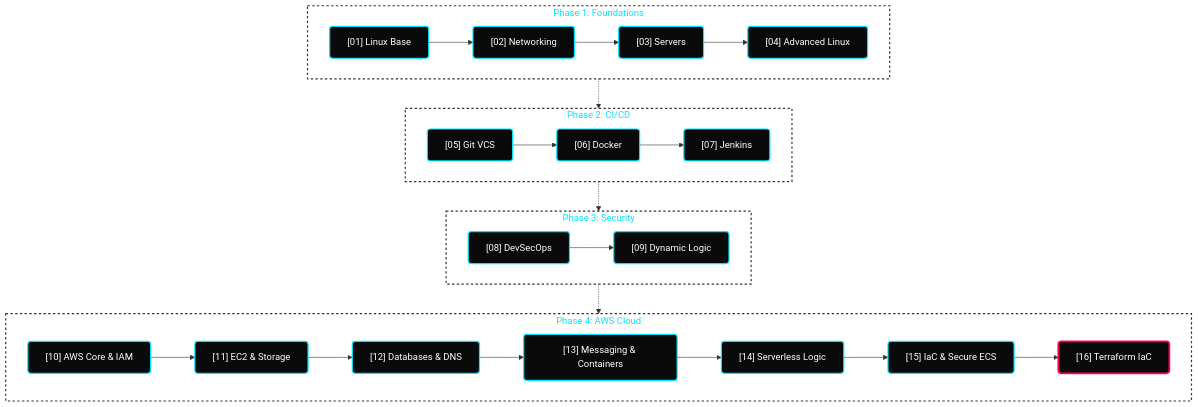
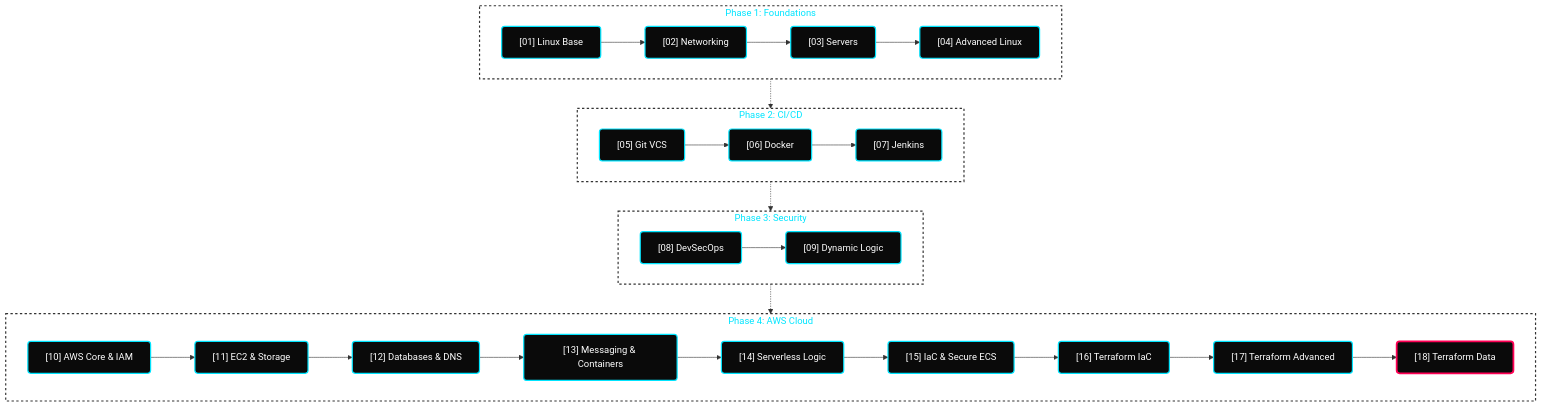
The diagram in README.md (hridyen/DevOps-Survival-Roadmap), drawn with Mermaid before and after one commit. The commit also changed other lines of this file and 13 other files, not shown here.

````diff
--- a/README.md
+++ b/README.md
@@ -100,28 +104,28 @@
 ```mermaid
 flowchart TD
     classDef default fill:#0A0A0A,stroke:#00E5FF,stroke-width:2px,color:#FFFFFF,rx:5px,ry:5px;
     classDef active fill:#0A0A0A,stroke:#FF0055,stroke-width:3px,color:#FFFFFF,rx:5px,ry:5px;
     classDef phase fill:transparent,stroke:#333333,stroke-width:2px,stroke-dasharray: 4 4,color:#00E5FF;
 
     subgraph P1 [Phase 1: Foundations]
         A["[01] Linux Base"] --> B["[02] Networking"] --> C["[03] Servers"] --> D["[04] Advanced Linux"]
     end
 
     subgraph P2 [Phase 2: CI/CD]
         E["[05] Git VCS"] --> F["[06] Docker"] --> G["[07] Jenkins"]
     end
 
     subgraph P3 [Phase 3: Security]
         H["[08] DevSecOps"] --> I["[09] Dynamic Logic"]
     end
 
     subgraph P4 [Phase 4: AWS Cloud]
-        J["[10] AWS Core & IAM"] --> K["[11] EC2 & Storage"] --> L["[12] Databases & DNS"] --> M["[13] Messaging & Containers"] --> N["[14] Serverless Logic"] --> O["[15] IaC & Secure ECS"] --> P["[16] Terraform IaC"]:::active
+        J["[10] AWS Core & IAM"] --> K["[11] EC2 & Storage"] --> L["[12] Databases & DNS"] --> M["[13] Messaging & Containers"] --> N["[14] Serverless Logic"] --> O["[15] IaC & Secure ECS"] --> P["[16] Terraform IaC"] --> Q["[17] Terraform Advanced"] --> R["[18] Terraform Data"]:::active
     end
 
     P1 -.-> P2
     P2 -.-> P3
     P3 -.-> P4
     
     class P1,P2,P3,P4 phase;
 ```
````
